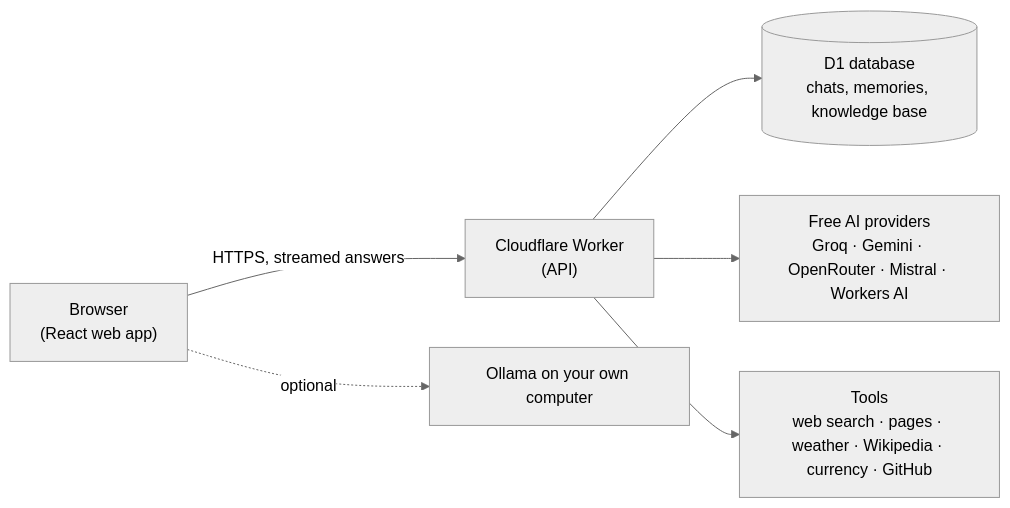
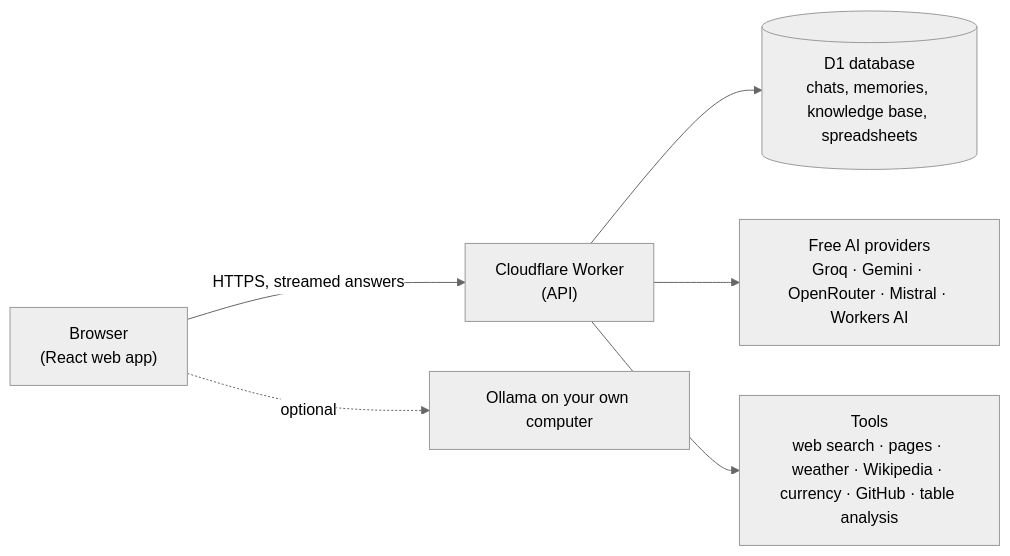
The diagram in README.md (RajaFarazTariq/VESPER-AI), drawn with Mermaid (neutral theme) before and after one commit. The commit also changed other lines of this file and 42 other files, not shown here.

````diff
--- a/README.md
+++ b/README.md
@@ -146,8 +166,8 @@
 ```mermaid
 flowchart LR
   B["Browser<br/>(React web app)"] -- "HTTPS, streamed answers" --> W["Cloudflare Worker<br/>(API)"]
-  W --> D[("D1 database<br/>chats, memories, knowledge base")]
+  W --> D[("D1 database<br/>chats, memories, knowledge base, spreadsheets")]
   W --> P["Free AI providers<br/>Groq · Gemini · OpenRouter · Mistral · Workers AI"]
-  W --> T["Tools<br/>web search · pages · weather · Wikipedia · currency · GitHub"]
+  W --> T["Tools<br/>web search · pages · weather · Wikipedia · currency · GitHub · table analysis"]
   B -. "optional" .-> O["Ollama on your own computer"]
 ```
````
